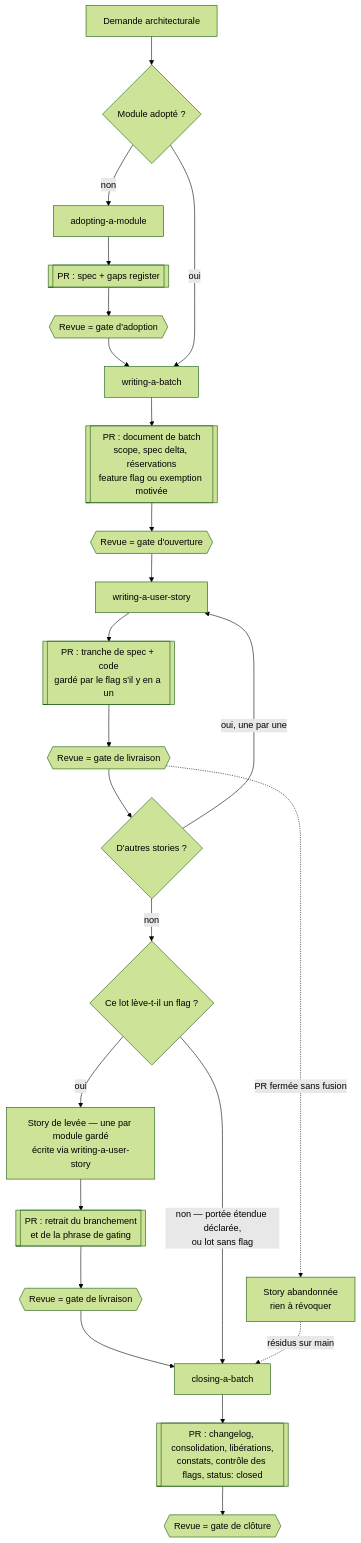
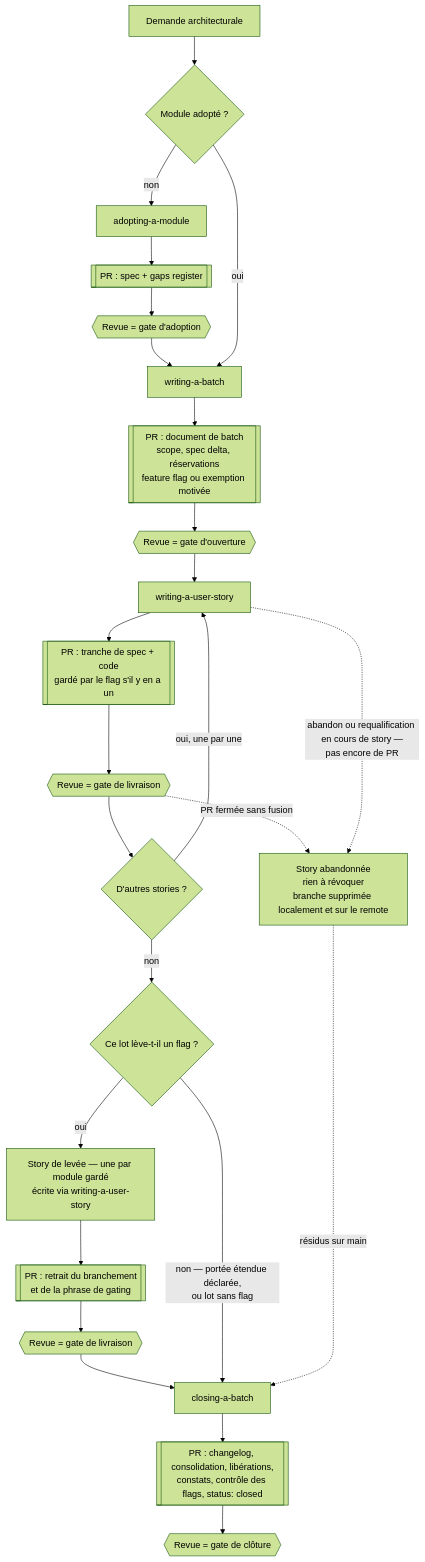
One commit to charlouze/superpowers-by-charlouze changed the first of 4 diagrams in docs/superpowers/specs/2026-09-03-supercharlouze-design.md. Above: the diagram before and after it, drawn with Mermaid (forest theme). The commit also changed other lines of this file and 3 other files, not shown here.

````diff
--- a/docs/superpowers/specs/2026-09-03-supercharlouze-design.md
+++ b/docs/superpowers/specs/2026-09-03-supercharlouze-design.md
@@ -411,31 +472,32 @@
 ```mermaid
 flowchart TD
     REQ["Demande architecturale"] --> ADOPTED{"Module adopté ?"}
 
     ADOPTED -->|non| AD["adopting-a-module"]
     AD --> ADPR[["PR : spec + gaps register"]]
     ADPR --> ADG{{"Revue = gate d'adoption"}}
     ADG --> WB
 
     ADOPTED -->|oui| WB["writing-a-batch"]
     WB --> BPR[["PR : document de batch<br/>scope, spec delta, réservations<br/>feature flag ou exemption motivée"]]
     BPR --> BG{{"Revue = gate d'ouverture"}}
 
     BG --> WS["writing-a-user-story"]
     WS --> SPR[["PR : tranche de spec + code<br/>gardé par le flag s'il y en a un"]]
     SPR --> SG{{"Revue = gate de livraison"}}
 
     SG --> MORE{"D'autres stories ?"}
     MORE -->|oui, une par une| WS
     MORE -->|non| FLAG{"Ce lot lève-t-il un flag ?"}
     FLAG -->|oui| LIFT["Story de levée — une par module gardé<br/>écrite via writing-a-user-story"]
     LIFT --> LPR[["PR : retrait du branchement<br/>et de la phrase de gating"]]
     LPR --> LG{{"Revue = gate de livraison"}}
     LG --> CB
     FLAG -->|"non — portée étendue déclarée,<br/>ou lot sans flag"| CB["closing-a-batch"]
     CB --> CPR[["PR : changelog, consolidation, libérations,<br/>constats, contrôle des flags, status: closed"]]
     CPR --> CG{{"Revue = gate de clôture"}}
 
-    SG -.->|PR fermée sans fusion| ABANDON["Story abandonnée<br/>rien à révoquer"]
-    ABANDON -.->|résidus sur main| CB
+    SG -.->|"PR fermée sans fusion"| ABANDON["Story abandonnée<br/>rien à révoquer<br/>branche supprimée localement et sur le remote"]
+    WS -.->|"abandon ou requalification en cours de story —<br/>pas encore de PR"| ABANDON
+    ABANDON -.->|"résidus sur main"| CB
 ```
````
